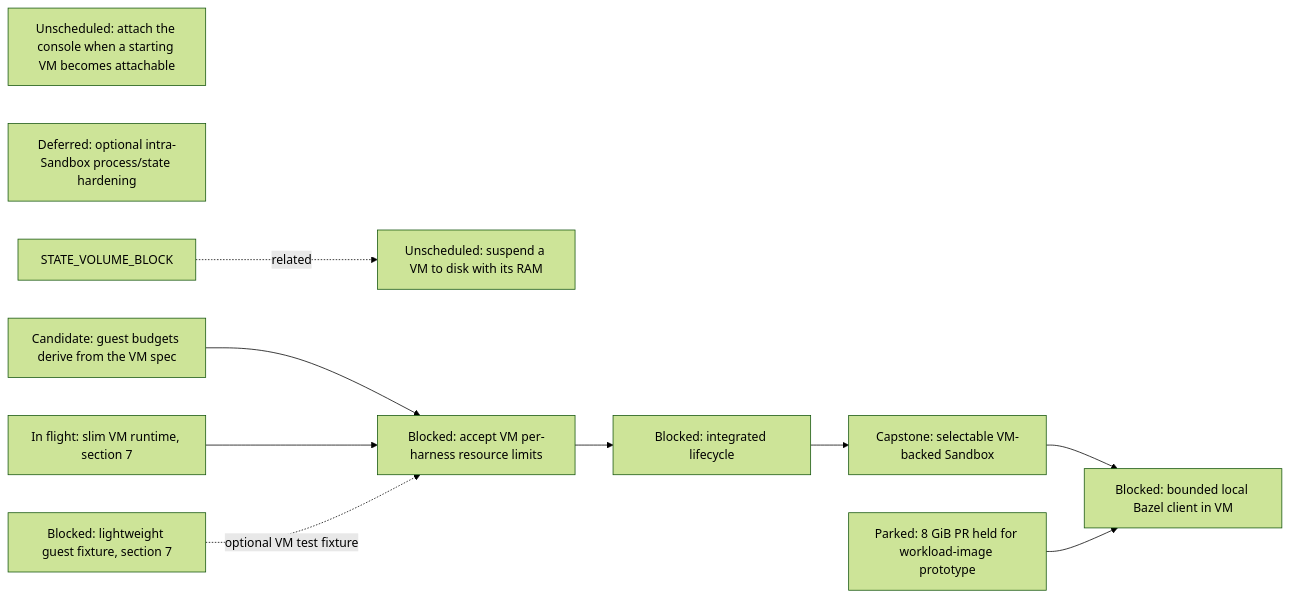
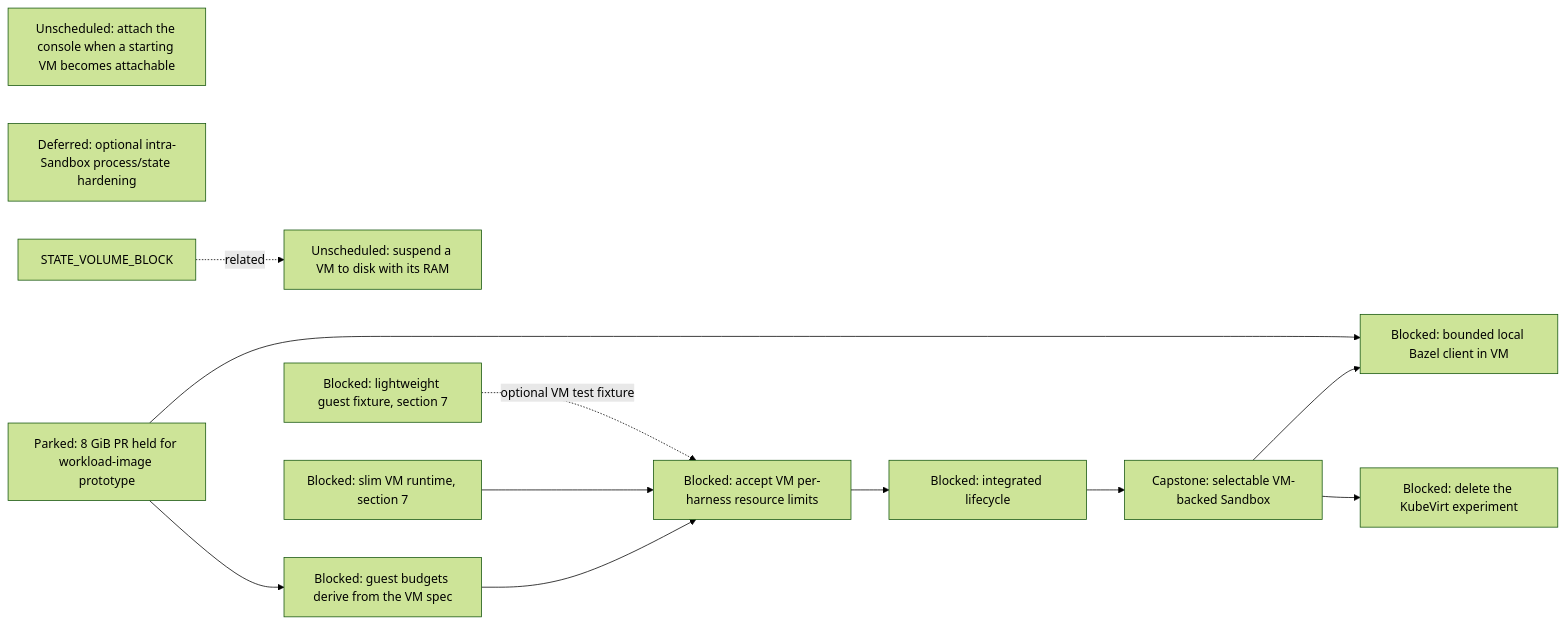
One commit to agentydragon/ducktape changed the sixth of 16 diagrams in agentplane/plans/task_dag.md. Above: the diagram before and after it, drawn with Mermaid (forest theme). The commit also changed other lines of this file, not shown here.

Commit message:
agentplane: track model-change context budget bug in DAG

````diff
--- a/agentplane/plans/task_dag.md
+++ b/agentplane/plans/task_dag.md
@@ -653,20 +647,22 @@
 ```mermaid
 flowchart LR
     VM_RAM_SUSPEND[Unscheduled: suspend a VM to disk with its RAM]
     VM_CONSOLE_DEFERRED_ATTACH[Unscheduled: attach the console when a starting VM becomes attachable]
     VM_HARNESS_RESOURCE_LIMITS[Blocked: accept VM per-harness resource limits]
     VM_INTRA_SANDBOX_HARDENING[Deferred: optional intra-Sandbox process/state hardening]
-    RUNNER_LAYERING_VM[In flight: slim VM runtime, section 7]
+    RUNNER_LAYERING_VM[Blocked: slim VM runtime, section 7]
     K3S_VM_IMAGE[Blocked: lightweight guest fixture, section 7]
     VM_LIFECYCLE[Blocked: integrated lifecycle]
     STATE_VOLUME_BLOCK -. related .-> VM_RAM_SUSPEND
     VM_HARNESS_RESOURCE_LIMITS --> VM_LIFECYCLE
     VM_GUEST_BUDGET_DERIVE --> VM_HARNESS_RESOURCE_LIMITS
     RUNNER_LAYERING_VM --> VM_HARNESS_RESOURCE_LIMITS
     K3S_VM_IMAGE -. optional VM test fixture .-> VM_HARNESS_RESOURCE_LIMITS
     VM_LIFECYCLE --> SANDBOX_VM_ISOLATION[Capstone: selectable VM-backed Sandbox]
     VM_GUEST_MEMORY[Parked: 8 GiB PR held for workload-image prototype]
-    VM_GUEST_BUDGET_DERIVE[Candidate: guest budgets derive from the VM spec]
+    VM_GUEST_BUDGET_DERIVE[Blocked: guest budgets derive from the VM spec]
+    VM_GUEST_MEMORY --> VM_GUEST_BUDGET_DERIVE
     SANDBOX_VM_ISOLATION --> LOCAL_BAZEL[Blocked: bounded local Bazel client in VM]
     VM_GUEST_MEMORY --> LOCAL_BAZEL
+    SANDBOX_VM_ISOLATION --> KUBEVIRT_EXPERIMENT_RETIRE[Blocked: delete the KubeVirt experiment]
 ```
````
